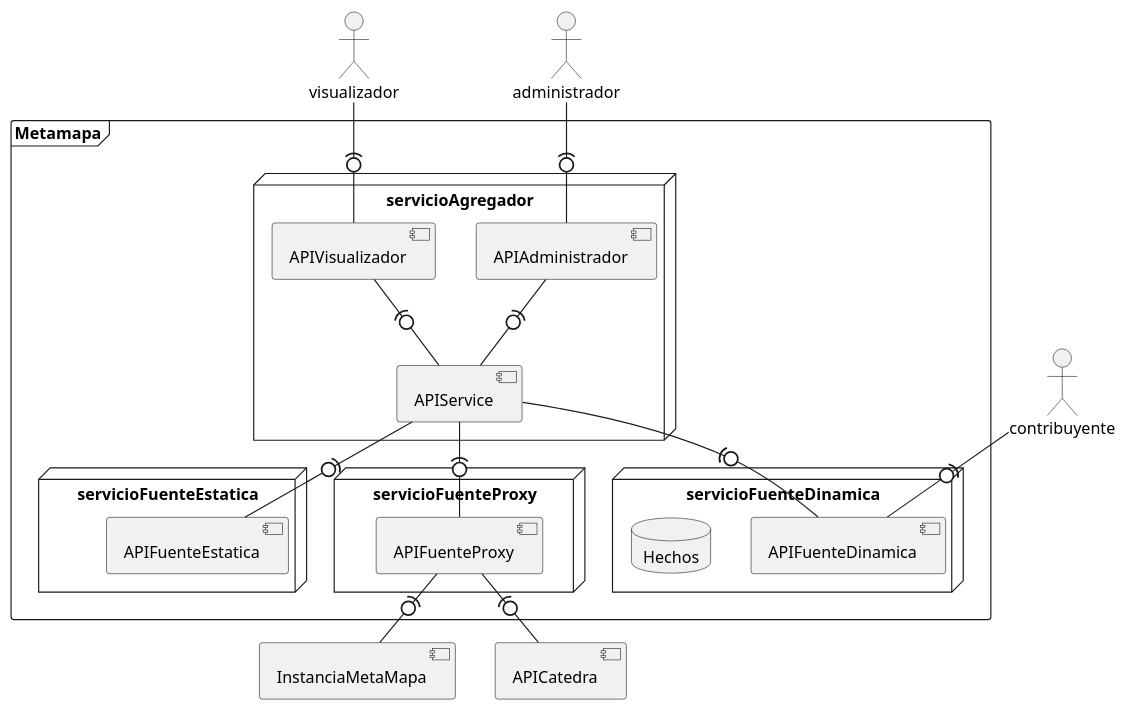
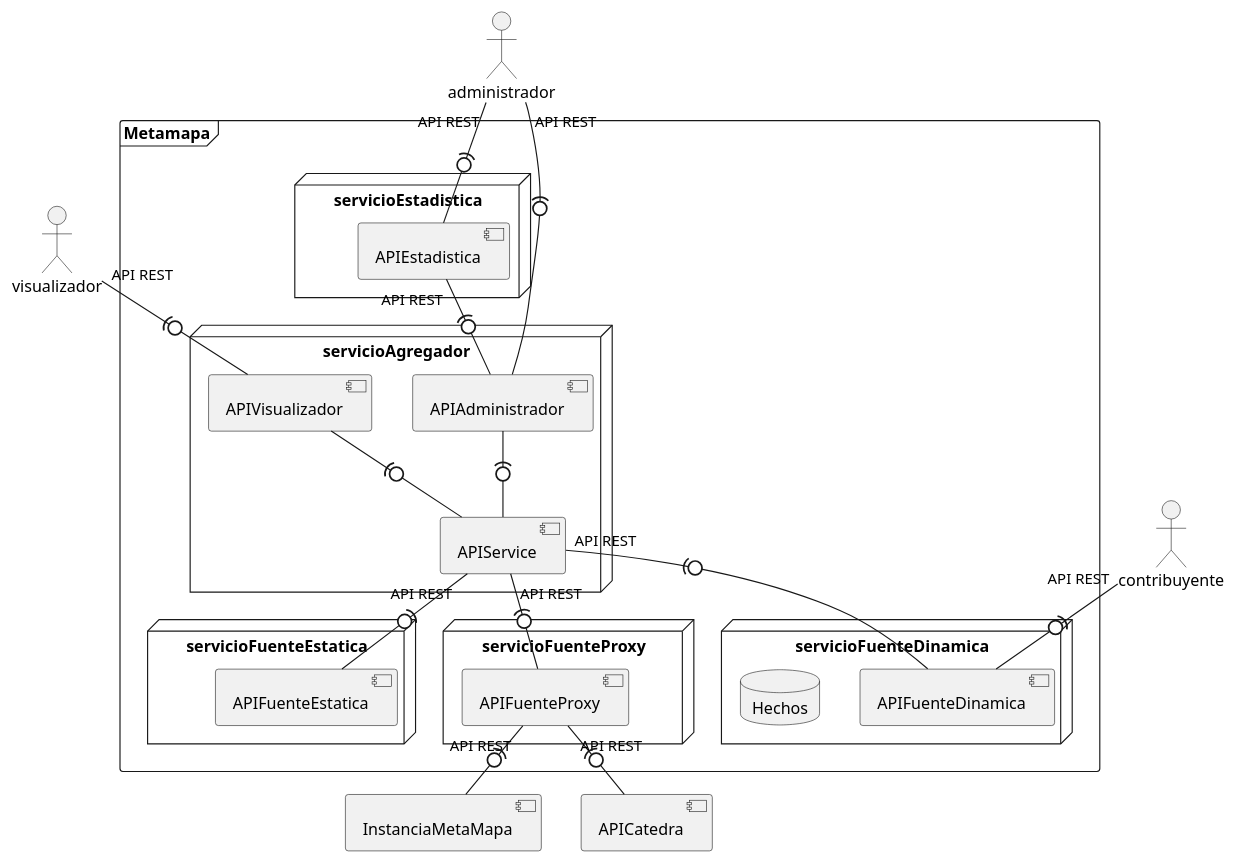
One commit to valenap-utn/metamapa-utn-2025 changed the diagram in entregables/entrega-4/DiagramaDeDespliegue.puml. Above: the diagram before and after it, drawn with PlantUML. The commit also changed 21 other files, not shown here.

```diff
--- a/entregables/entrega-4/DiagramaDeDespliegue.puml
+++ b/entregables/entrega-4/DiagramaDeDespliegue.puml
@@ -1,55 +1,61 @@
 @startuml
 'https://plantuml.com/deployment-diagram
 
 actor visualizador
 actor administrador
 actor contribuyente
 component InstanciaMetaMapa
 component APICatedra
 
 
 frame Metamapa {
     node servicioAgregador {
     component APIAdministrador
     component APIVisualizador
     component APIService
     }
-    visualizador -(0- APIVisualizador
-    administrador -(0- APIAdministrador
+    visualizador "API REST" -(0- APIVisualizador
+    administrador "API REST" -(0- APIAdministrador
     APIAdministrador -(0- APIService
     APIVisualizador -(0- APIService
 
 
     node servicioFuenteDinamica {
         component APIFuenteDinamica
         database Hechos {
         }
     }
 
 
 
-    contribuyente -(0- APIFuenteDinamica
+    contribuyente "API REST" -(0- APIFuenteDinamica
 
     node servicioFuenteEstatica {
     component APIFuenteEstatica
     }
 
 
 
     node servicioFuenteProxy {
     component APIFuenteProxy
     }
 
-    APIService -(0- APIFuenteDinamica
-        APIService -(0- APIFuenteEstatica
-        APIService -(0- APIFuenteProxy
+    APIService "API REST" -(0- APIFuenteDinamica
+        APIService "API REST" -(0- APIFuenteEstatica
+        APIService  "API REST" -(0- APIFuenteProxy
 
-    APIFuenteProxy -(0- InstanciaMetaMapa
-    APIFuenteProxy -(0- APICatedra
+    APIFuenteProxy "API REST" -(0- InstanciaMetaMapa
+    APIFuenteProxy "API REST" -(0- APICatedra
 
+    node servicioEstadistica {
+        component APIEstadistica
+    }
+
+    administrador "API REST" -(0- APIEstadistica
+    APIEstadistica "API REST" -(0- APIAdministrador
 }
 
 
 
 
 @enduml
```
